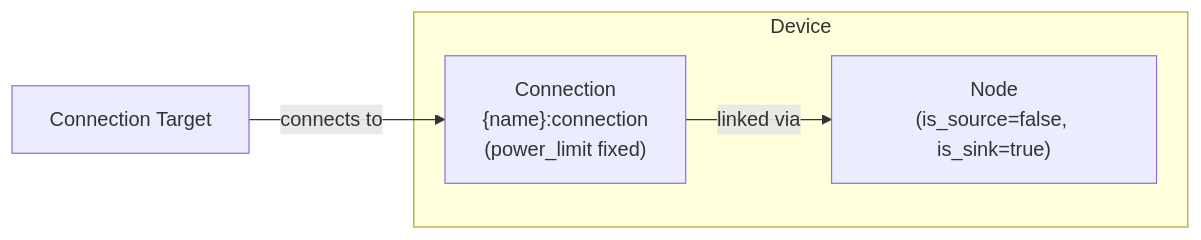
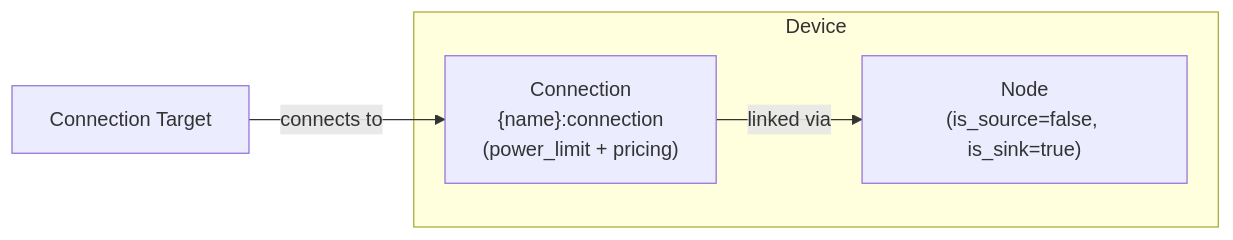
Before and after one commit to hass-energy/haeo: the diagram in docs/modeling/device-layer/loads.md, drawn with Mermaid. The commit also changed other lines of this file and 23 other files, not shown here.

````diff
--- a/docs/modeling/device-layer/loads.md
+++ b/docs/modeling/device-layer/loads.md
@@ -7,13 +8,13 @@
 ```mermaid
 graph LR
     subgraph "Device"
         SS["Node<br/>(is_source=false, is_sink=true)"]
-        Conn["Connection<br/>{name}:connection<br/>(power_limit fixed)"]
+        Conn["Connection<br/>{name}:connection<br/>(power_limit + pricing)"]
     end
 
     Node[Connection Target]
 
 
     Conn -->|linked via| SS
     Node -->|connects to| Conn
 ```
````
